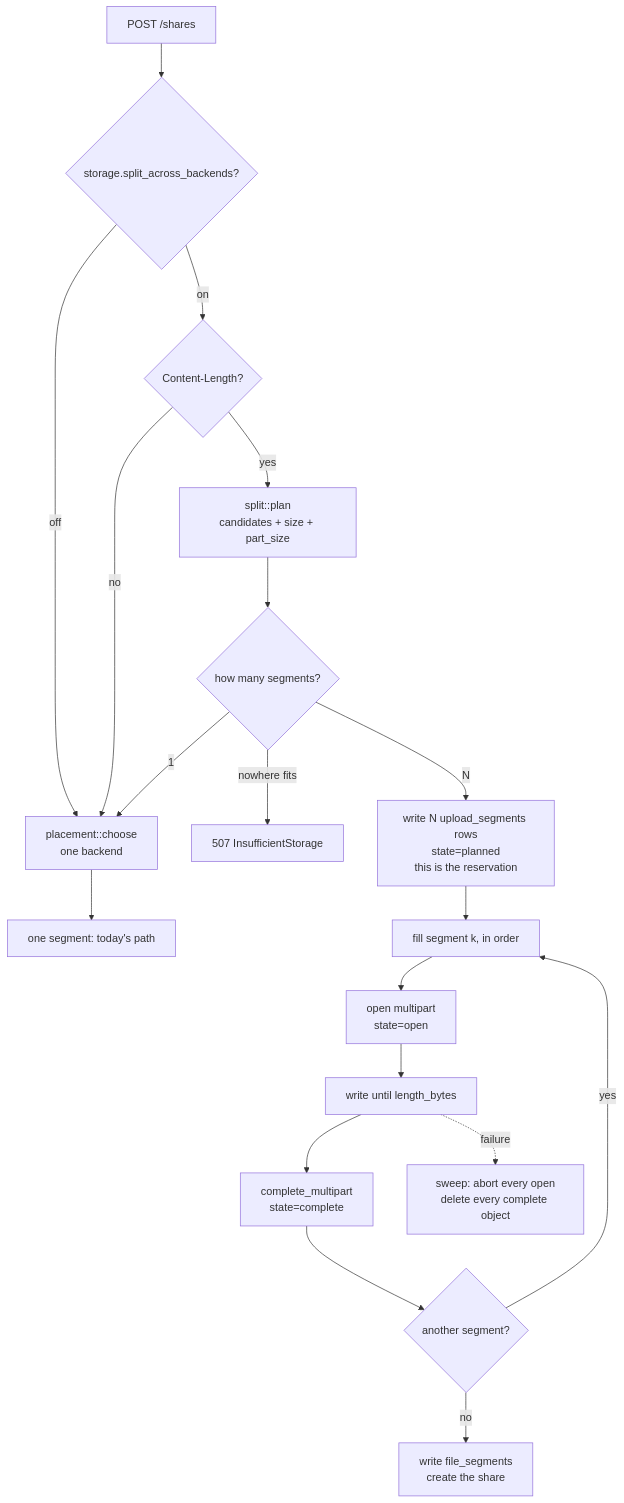
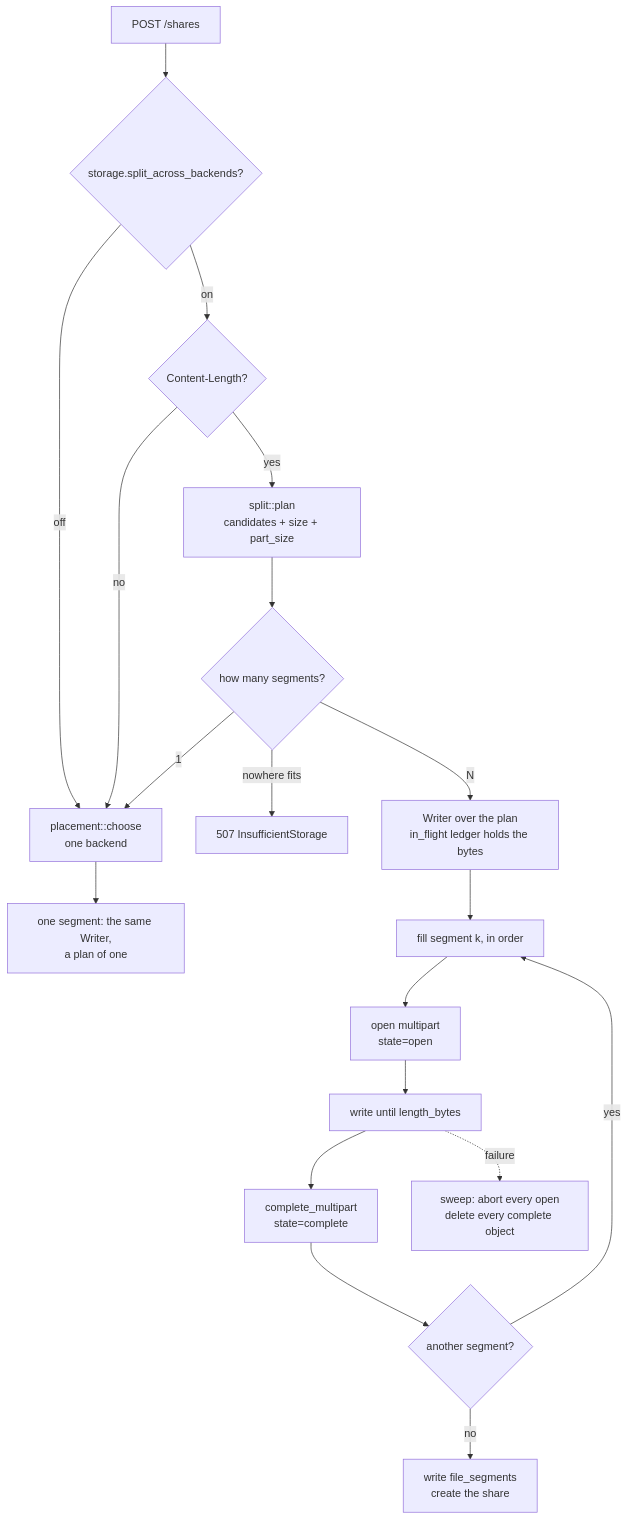
One commit to Limatura/tessera changed the first of 2 diagrams in docs/splitting.md. Above: the diagram before and after it, drawn with Mermaid. The commit also changed other lines of this file and 3 other files, not shown here.

````diff
--- a/docs/splitting.md
+++ b/docs/splitting.md
@@ -26,21 +31,21 @@
 ```mermaid
 flowchart TD
     A[POST /shares] --> B{storage.split_across_backends?}
     B -->|off| C[placement::choose<br/>one backend]
     B -->|on| D{Content-Length?}
     D -->|no| C
     D -->|yes| E[split::plan<br/>candidates + size + part_size]
     E --> F{how many segments?}
     F -->|nowhere fits| G[507 InsufficientStorage]
     F -->|1| C
-    F -->|N| H[write N upload_segments rows<br/>state=planned<br/>this is the reservation]
-    C --> I[one segment: today's path]
+    F -->|N| H[Writer over the plan<br/>in_flight ledger holds the bytes]
+    C --> I[one segment: the same Writer,<br/>a plan of one]
     H --> J[fill segment k, in order]
     J --> K[open multipart<br/>state=open]
     K --> L[write until length_bytes]
     L --> M[complete_multipart<br/>state=complete]
     M --> N{another segment?}
     N -->|yes| J
     N -->|no| O[write file_segments<br/>create the share]
     L -.failure.-> P[sweep: abort every open<br/>delete every complete object]
 ```
````
